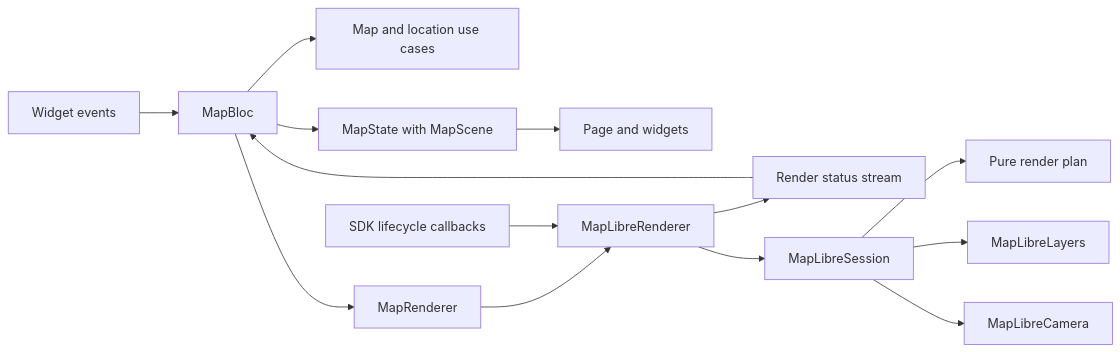
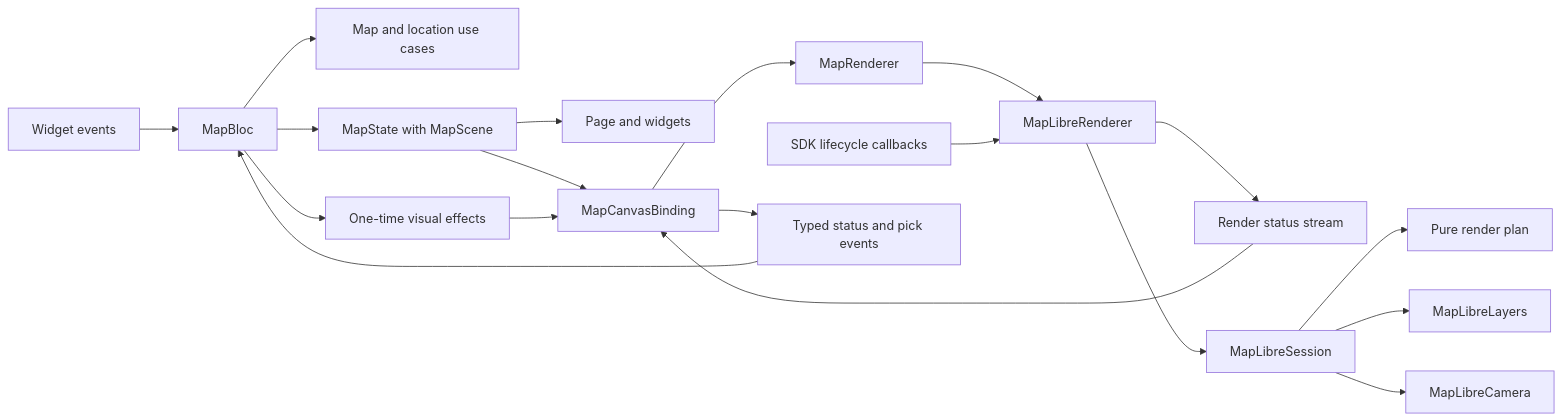
One commit to fajarxfce/test-mapid changed the diagram in docs/map-architecture.md. Above: the diagram before and after it, drawn with Mermaid. The commit also changed other lines of this file and 15 other files, not shown here.

Commit message:
refactor(map): separate canvas effects from page state

````diff
--- a/docs/map-architecture.md
+++ b/docs/map-architecture.md
@@ -17,16 +17,21 @@
 ```mermaid
 flowchart LR
     UI[Widget events] --> Bloc[MapBloc]
     Bloc --> UseCases[Map and location use cases]
     Bloc --> State[MapState with MapScene]
     State --> Widgets[Page and widgets]
-    Bloc --> Port[MapRenderer]
+    Bloc --> Effects[One-time visual effects]
+    State --> Binding[MapCanvasBinding]
+    Effects --> Binding
+    Binding --> Port[MapRenderer]
     Port --> Adapter[MapLibreRenderer]
     Native[SDK lifecycle callbacks] --> Adapter
     Adapter --> Status[Render status stream]
-    Status --> Bloc
+    Status --> Binding
+    Binding --> Events[Typed status and pick events]
+    Events --> Bloc
     Adapter --> Session[MapLibreSession]
     Session --> Plan[Pure render plan]
     Session --> Layers[MapLibreLayers]
     Session --> Camera[MapLibreCamera]
 ```
````
